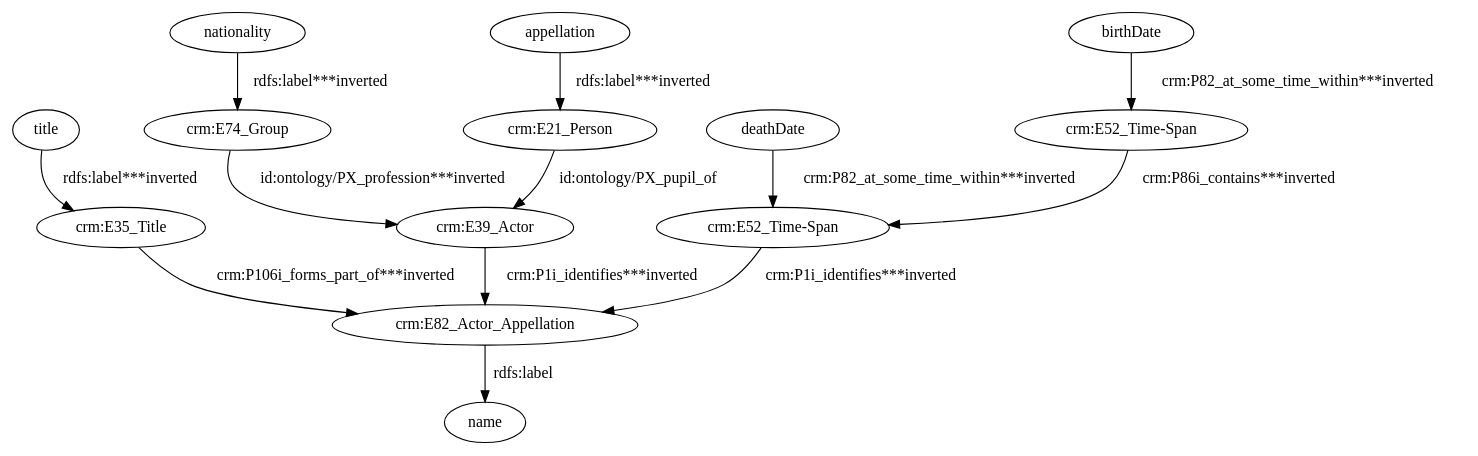
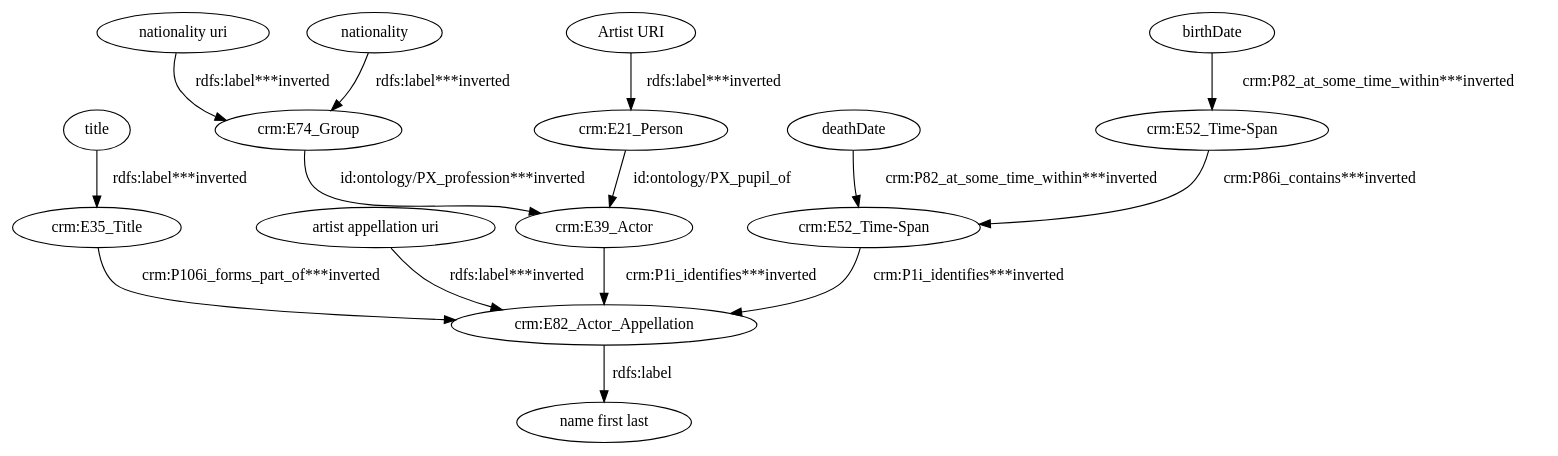
The diagram in data/taheriyan2016/task_01/semantic_models/steiner/dot/s03-ima-artists.dot (giuseppefutia/semi), drawn with Graphviz before and after one commit. The commit also changed 223 other files, not shown here.

```diff
--- a/data/taheriyan2016/task_01/semantic_models/steiner/dot/s03-ima-artists.dot
+++ b/data/taheriyan2016/task_01/semantic_models/steiner/dot/s03-ima-artists.dot
@@ -1,27 +1,31 @@
 digraph {
-  appellation [type=attribute_name,label=appellation]
+  "Artist URI" [type=attribute_name,label="Artist URI"]
   "crm:E21_Person1" [type=class_uri,label="crm:E21_Person"]
+  "artist appellation uri" [type=attribute_name,label="artist appellation uri"]
+  "crm:E82_Actor_Appellation1" [type=class_uri,label="crm:E82_Actor_Appellation"]
   birthDate [type=attribute_name,label=birthDate]
   "crm:E52_Time-Span1" [type=class_uri,label="crm:E52_Time-Span"]
   "crm:E39_Actor" [type=class_uri,label="crm:E39_Actor"]
   "crm:E35_Title1" [type=class_uri,label="crm:E35_Title"]
-  "crm:E82_Actor_Appellation1" [type=class_uri,label="crm:E82_Actor_Appellation"]
   "crm:E52_Time-Span2" [type=class_uri,label="crm:E52_Time-Span"]
   "crm:E74_Group1" [type=class_uri,label="crm:E74_Group"]
-  name [type=attribute_name,label=name]
+  "name first last" [type=attribute_name,label="name first last"]
   deathDate [type=attribute_name,label=deathDate]
+  "nationality uri" [type=attribute_name,label="nationality uri"]
   nationality [type=attribute_name,label=nationality]
   title [type=attribute_name,label=title]
-  appellation -> "crm:E21_Person1" [type=st_property_uri,label="rdfs:label***inverted"]
-  birthDate -> "crm:E52_Time-Span1" [type=st_property_uri,label="crm:P82_at_some_time_within***inverted"]
-  "crm:E21_Person1" -> "crm:E39_Actor" [label="id:ontology/PX_pupil_of",type=direct_property_uri]
-  "crm:E35_Title1" -> "crm:E82_Actor_Appellation1" [type=inherited,label="crm:P106i_forms_part_of***inverted"]
-  "crm:E39_Actor" -> "crm:E82_Actor_Appellation1" [type=inherited,label="crm:P1i_identifies***inverted"]
-  "crm:E52_Time-Span1" -> "crm:E52_Time-Span2" [type=direct_property_uri,label="crm:P86i_contains***inverted"]
-  "crm:E52_Time-Span2" -> "crm:E82_Actor_Appellation1" [type=inherited,label="crm:P1i_identifies***inverted"]
-  "crm:E74_Group1" -> "crm:E39_Actor" [type=direct_property_uri,label="id:ontology/PX_profession***inverted"]
-  "crm:E82_Actor_Appellation1" -> name [label="rdfs:label",type=st_property_uri]
-  deathDate -> "crm:E52_Time-Span2" [type=st_property_uri,label="crm:P82_at_some_time_within***inverted"]
-  nationality -> "crm:E74_Group1" [type=st_property_uri,label="rdfs:label***inverted"]
-  title -> "crm:E35_Title1" [type=st_property_uri,label="rdfs:label***inverted"]
+  "Artist URI" -> "crm:E21_Person1" [type=st_property_uri,label="rdfs:label***inverted",weight=1]
+  "artist appellation uri" -> "crm:E82_Actor_Appellation1" [type=st_property_uri,label="rdfs:label***inverted",weight=1]
+  birthDate -> "crm:E52_Time-Span1" [type=st_property_uri,label="crm:P82_at_some_time_within***inverted",weight=1]
+  "crm:E21_Person1" -> "crm:E39_Actor" [label="id:ontology/PX_pupil_of",type=direct_property_uri,weight=1]
+  "crm:E35_Title1" -> "crm:E82_Actor_Appellation1" [type=inherited,label="crm:P106i_forms_part_of***inverted",weight=4]
+  "crm:E39_Actor" -> "crm:E82_Actor_Appellation1" [type=inherited,label="crm:P1i_identifies***inverted",weight=4]
+  "crm:E52_Time-Span1" -> "crm:E52_Time-Span2" [type=direct_property_uri,label="crm:P86i_contains***inverted",weight=1]
+  "crm:E52_Time-Span2" -> "crm:E82_Actor_Appellation1" [type=inherited,label="crm:P1i_identifies***inverted",weight=4]
+  "crm:E74_Group1" -> "crm:E39_Actor" [type=direct_property_uri,label="id:ontology/PX_profession***inverted",weight=1]
+  "crm:E82_Actor_Appellation1" -> "name first last" [label="rdfs:label",type=st_property_uri]
+  deathDate -> "crm:E52_Time-Span2" [type=st_property_uri,label="crm:P82_at_some_time_within***inverted",weight=1]
+  "nationality uri" -> "crm:E74_Group1" [type=st_property_uri,label="rdfs:label***inverted",weight=1]
+  nationality -> "crm:E74_Group1" [type=st_property_uri,label="rdfs:label***inverted",weight=1]
+  title -> "crm:E35_Title1" [type=st_property_uri,label="rdfs:label***inverted",weight=1]
 }
```
